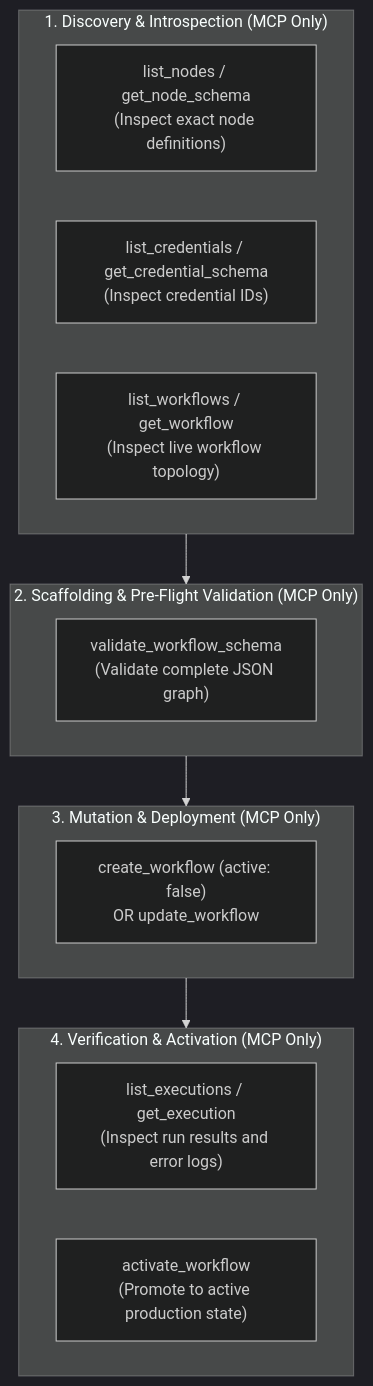
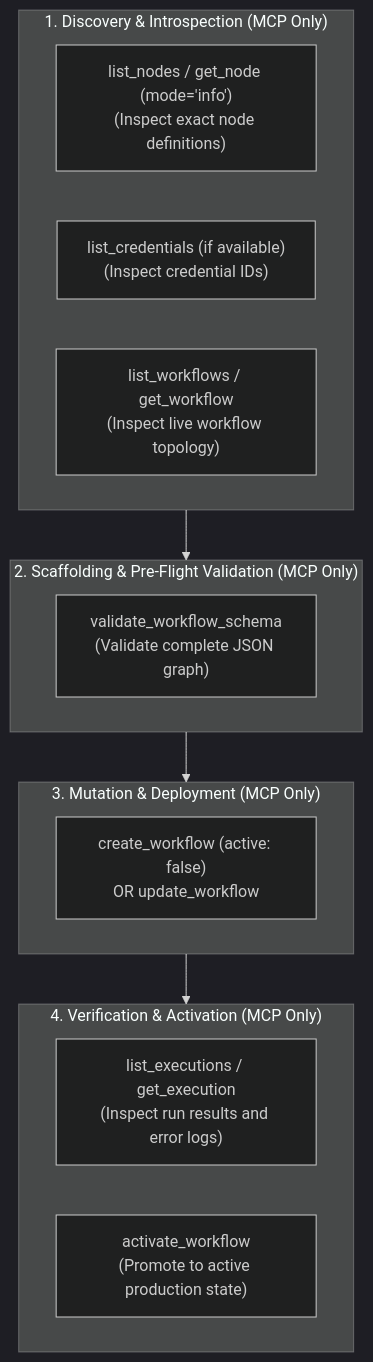
Before and after one commit to victor-jaimes-puente/Local-N8n: the diagram in .agents/skills/n8n-architect/SKILL.md, drawn with Mermaid (dark theme). The commit also changed other lines of this file and 7 other files, not shown here.

````diff
--- a/.agents/skills/n8n-architect/SKILL.md
+++ b/.agents/skills/n8n-architect/SKILL.md
@@ -60,25 +60,25 @@
 ```mermaid
 graph TD
     subgraph Discovery["1. Discovery & Introspection (MCP Only)"]
-        T1["list_nodes / get_node_schema<br/>(Inspect exact node definitions)"]
-        T2["list_credentials / get_credential_schema<br/>(Inspect credential IDs)"]
+        T1["list_nodes / get_node (mode='info')<br/>(Inspect exact node definitions)"]
+        T2["list_credentials (if available)<br/>(Inspect credential IDs)"]
         T3["list_workflows / get_workflow<br/>(Inspect live workflow topology)"]
     end
 
     subgraph Validation["2. Scaffolding & Pre-Flight Validation (MCP Only)"]
         T4["validate_workflow_schema<br/>(Validate complete JSON graph)"]
     end
 
     subgraph Mutation["3. Mutation & Deployment (MCP Only)"]
         T5["create_workflow (active: false)<br/>OR update_workflow"]
     end
 
     subgraph Verification["4. Verification & Activation (MCP Only)"]
         T6["list_executions / get_execution<br/>(Inspect run results and error logs)"]
         T7["activate_workflow<br/>(Promote to active production state)"]
     end
 
     Discovery --> Validation
     Validation --> Mutation
     Mutation --> Verification
 ```
````
